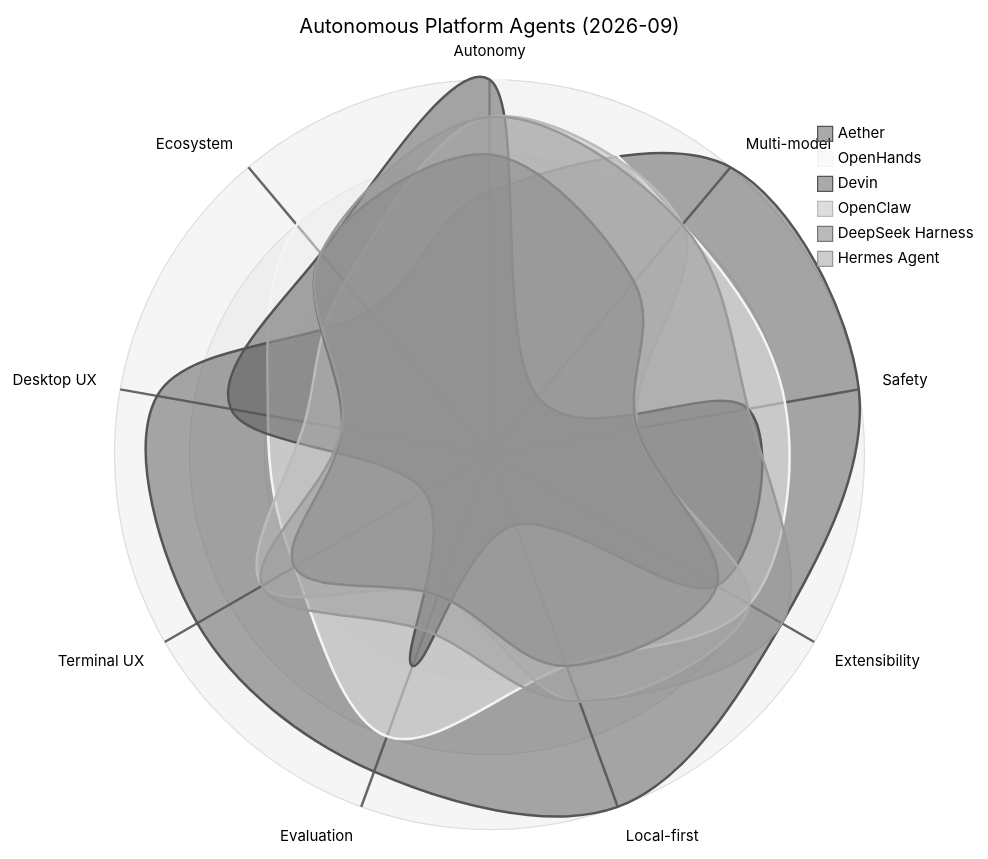
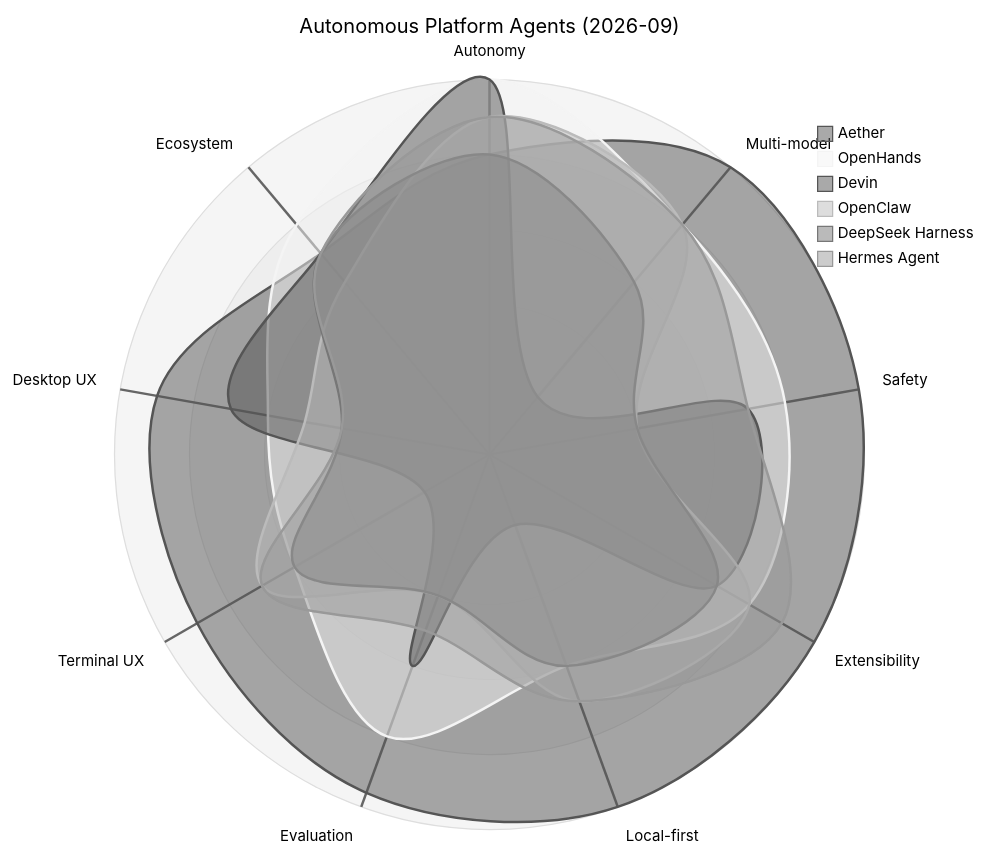
The third of 3 diagrams in docs/competitive-analysis.md (TQSY114514/Aether), drawn with Mermaid (neutral theme) before and after one commit. The commit also changed other lines of this file and 30 other files, not shown here.

````diff
--- a/docs/competitive-analysis.md
+++ b/docs/competitive-analysis.md
@@ -89,13 +93,13 @@
 ```mermaid
 radar-beta
   title Autonomous Platform Agents (2026-09)
   axis aut["Autonomy"], mm["Multi-model"], saf["Safety"], ext["Extensibility"], loc["Local-first"], eva["Evaluation"], tux["Terminal UX"], dux["Desktop UX"], eco["Ecosystem"]
-  curve aether["Aether"]{3.5, 5.0, 5.0, 4.5, 5.0, 4.5, 4.5, 4.5, 2.5}
+  curve aether["Aether"]{4.0, 5.0, 5.0, 5.0, 5.0, 4.8, 4.5, 4.5, 3.5}
   curve openhands["OpenHands"]{5.0, 4.0, 4.0, 4.0, 3.0, 4.0, 3.0, 3.0, 4.0}
   curve devin["Devin"]{5.0, 1.0, 3.5, 3.5, 1.0, 3.0, 1.0, 3.5, 3.5}
   curve openclaw["OpenClaw"]{4.5, 4.0, 2.0, 4.0, 3.5, 2.0, 3.5, 2.5, 3.0}
   curve dsh["DeepSeek Harness"]{4.0, 3.0, 2.0, 3.5, 3.0, 2.0, 3.0, 2.0, 3.5}
   curve hermes["Hermes Agent"]{4.5, 4.0, 3.5, 4.5, 3.5, 2.5, 3.5, 2.0, 3.5}
   max 5
   min 0
 ```
````
